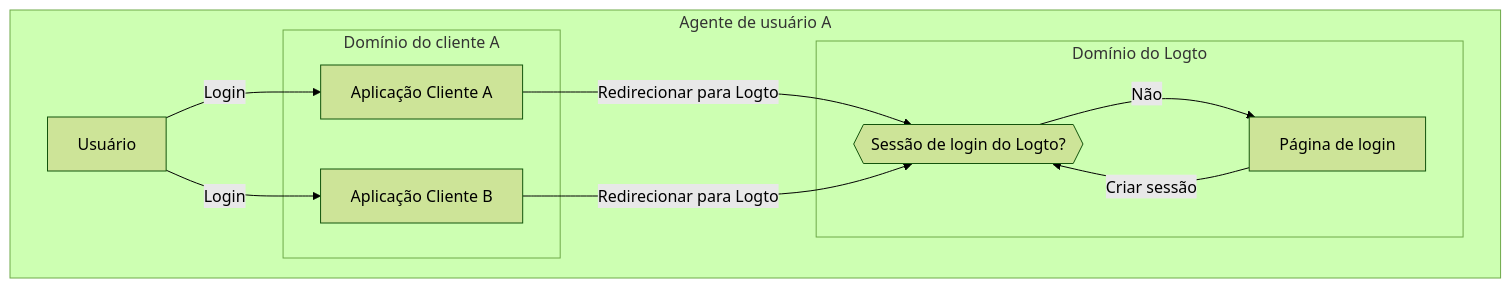
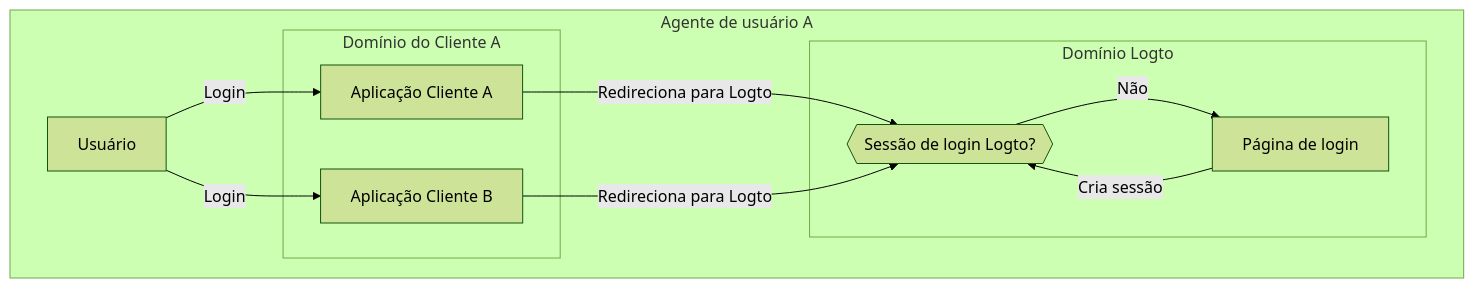
The second of 3 diagrams in i18n/pt-BR/docusaurus-plugin-content-docs/current/end-user-flows/sign-out.mdx (logto-io/docs), drawn with Mermaid (forest theme) before and after one commit. The commit also changed other lines of this file and 137 other files, not shown here.

````diff
--- a/i18n/pt-BR/docusaurus-plugin-content-docs/current/end-user-flows/sign-out.mdx
+++ b/i18n/pt-BR/docusaurus-plugin-content-docs/current/end-user-flows/sign-out.mdx
@@ -59,26 +59,26 @@
    ```mermaid
     flowchart TD
     subgraph User [Agente de usuário A]
       U[Usuário]
 
-      subgraph Layer1 [Domínio do cliente A]
+      subgraph Layer1 [Domínio do Cliente A]
         A[Aplicação Cliente A]
       end
 
-      subgraph Layer1 [Domínio do cliente B]
+      subgraph Layer1 [Domínio do Cliente B]
         B[Aplicação Cliente B]
       end
 
-      subgraph Layer2 [Domínio do Logto]
-          C{{Sessão de login do Logto?}}
+      subgraph Layer2 [Domínio Logto]
+          C{{Sessão de login Logto?}}
           D[Página de login]
       end
     end
 
     U --> |Login| A
-    A --> |Redirecionar para Logto| C
+    A --> |Redireciona para Logto| C
     U --> |Login| B
-    B --> |Redirecionar para Logto| C
+    B --> |Redireciona para Logto| C
     C --> |Não| D
-    D --> |Criar sessão| C
+    D --> |Cria sessão| C
    ```
````
